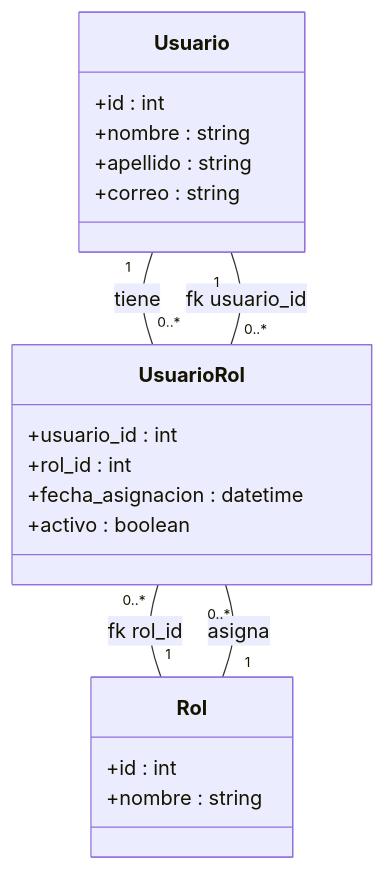
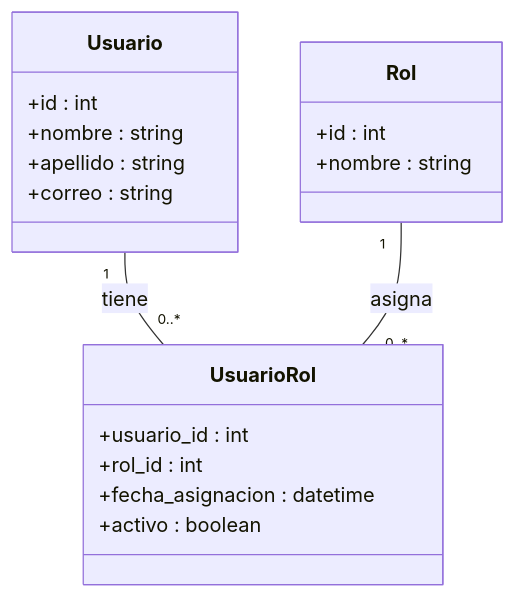
The third of 14 diagrams in README.md (elunboundfiremail/WebAppAcademico), drawn with Mermaid before and after one commit.

Commit message:
docs: corregir diagrama eer

````diff
--- a/README.md
+++ b/README.md
@@ -245,23 +245,21 @@
 ```mermaid
 classDiagram
   class Usuario {
     +id : int
     +nombre : string
     +apellido : string
     +correo : string
   }
   class Rol {
     +id : int
     +nombre : string
   }
   class UsuarioRol {
     +usuario_id : int
     +rol_id : int
     +fecha_asignacion : datetime
     +activo : boolean
   }
   Usuario "1" -- "0..*" UsuarioRol : tiene
   Rol "1" -- "0..*" UsuarioRol : asigna
-  UsuarioRol "0..*" -- "1" Usuario : fk usuario_id
-  UsuarioRol "0..*" -- "1" Rol : fk rol_id
 ```
````
